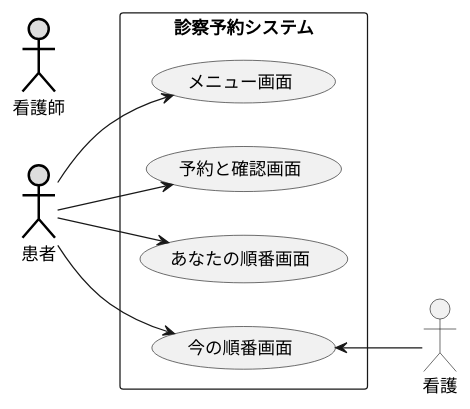
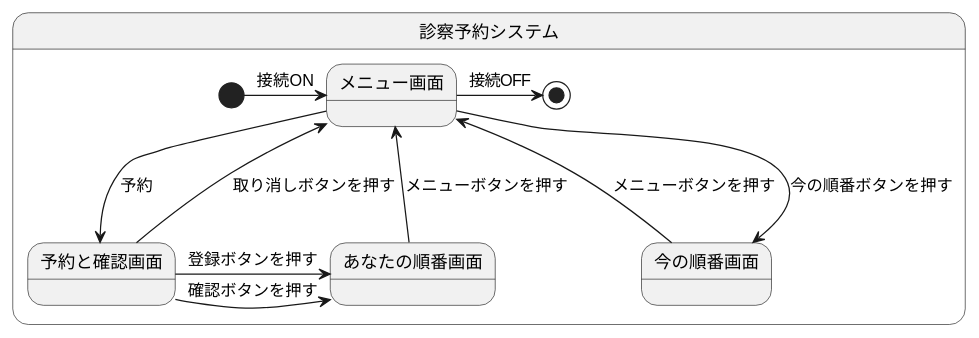
The diagram in 演習6-3_ユースケース図_診察予約システム.pu (Tomok1w/uml-introduction), drawn with PlantUML before and after one commit.

```diff
--- a/演習6-3_ユースケース図_診察予約システム.pu
+++ b/演習6-3_ユースケース図_診察予約システム.pu
@@ -1,16 +1,14 @@
 @startuml 演習６－３
-left to right direction
-actor 患者 as user#DDDDDD;line:black;line.bold;
-actor 看護師 as kango#DDDDDD;line:black;line.bold;
-rectangle 診察予約システム {
-    usecase メニュー画面
-    usecase 予約と確認画面
-    usecase あなたの順番画面
-    usecase 今の順番画面
+' left to right direction
+state 診察予約システム {
+    [*] -right--> メニュー画面 : 接続ON
+    メニュー画面 -down--> 予約と確認画面  : 予約
+    予約と確認画面 -up--> メニュー画面 : 取り消しボタンを押す
+    予約と確認画面 -right--> あなたの順番画面 : 登録ボタンを押す
+    予約と確認画面 -right--> あなたの順番画面 : 確認ボタンを押す
+    あなたの順番画面 -up--> メニュー画面 : メニューボタンを押す
+    今の順番画面 -up--> メニュー画面 : メニューボタンを押す
+    メニュー画面 -down--> 今の順番画面 : 今の順番ボタンを押す
+    メニュー画面 -right--> [*] : 接続OFF
 }
-user --> メニュー画面
-user --> 予約と確認画面
-user --> あなたの順番画面
-user --> 今の順番画面
-今の順番画面 <-- 看護
 @enduml
```
